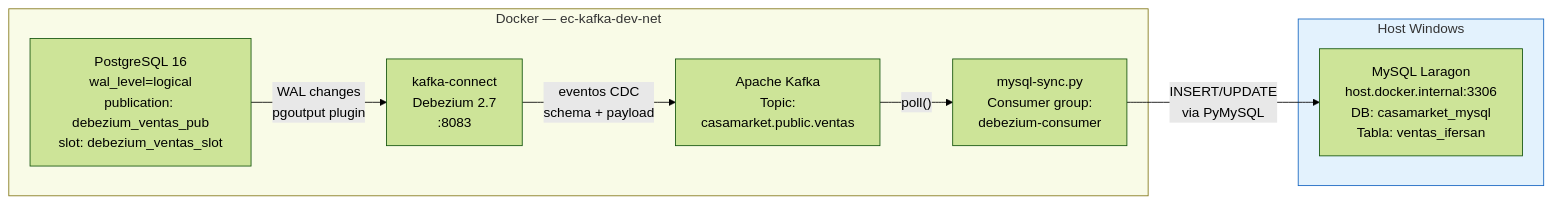
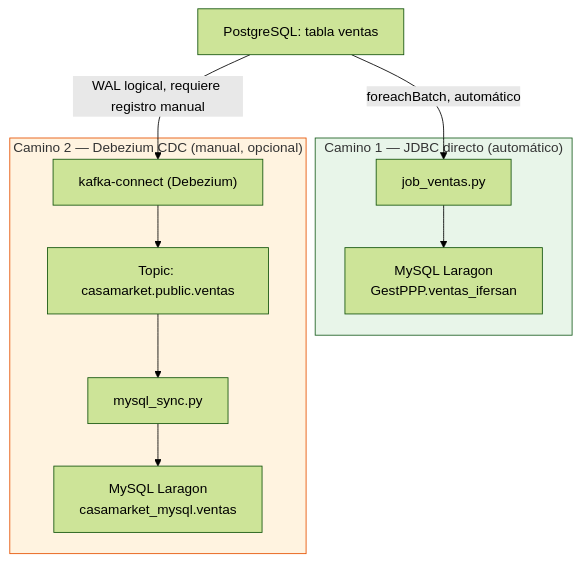
The first of 2 diagrams in docs/datos/mysql-sync.md (AlessandroPastor/BigData), drawn with Mermaid (forest theme) before and after one commit. The commit also changed other lines of this file and 28 other files, not shown here.

````diff
--- a/docs/datos/mysql-sync.md
+++ b/docs/datos/mysql-sync.md
@@ -9,21 +11,22 @@
 ```mermaid
-flowchart LR
-    subgraph DOCKER["Docker — ec-kafka-dev-net"]
-        PG["PostgreSQL 16\nwal_level=logical\npublication: debezium_ventas_pub\nslot: debezium_ventas_slot"]
-        KC["kafka-connect\nDebezium 2.7\n:8083"]
-        K["Apache Kafka\nTopic:\ncasamarket.public.ventas"]
-        MS["mysql-sync.py\nConsumer group:\ndebezium-consumer"]
+flowchart TD
+    PG["PostgreSQL: tabla ventas"]
+
+    subgraph DIRECTO["Camino 1 — JDBC directo (automático)"]
+        JV["job_ventas.py"]
+        MY1["MySQL Laragon\nGestPPP.ventas_ifersan"]
     end
 
-    subgraph HOST["Host Windows"]
-        MY["MySQL Laragon\nhost.docker.internal:3306\nDB: casamarket_mysql\nTabla: ventas_ifersan"]
+    subgraph CDC["Camino 2 — Debezium CDC (manual, opcional)"]
+        DBZ["kafka-connect (Debezium)"]
+        T3["Topic: casamarket.public.ventas"]
+        MSYNC["mysql_sync.py"]
+        MY2["MySQL Laragon\ncasamarket_mysql.ventas"]
     end
 
-    PG -->|"WAL changes\npgoutput plugin"| KC
-    KC -->|"eventos CDC\nschema + payload"| K
-    K -->|"poll()"| MS
-    MS -->|"INSERT/UPDATE\nvia PyMySQL"| MY
+    PG -->|"foreachBatch, automático"| JV --> MY1
+    PG -->|"WAL logical, requiere registro manual"| DBZ --> T3 --> MSYNC --> MY2
 
-    style DOCKER fill:#F9FBE7,stroke:#827717
-    style HOST fill:#E3F2FD,stroke:#1565C0
+    style DIRECTO fill:#E8F5E9,stroke:#1B5E20
+    style CDC fill:#FFF3E0,stroke:#E65100
 ```
````
